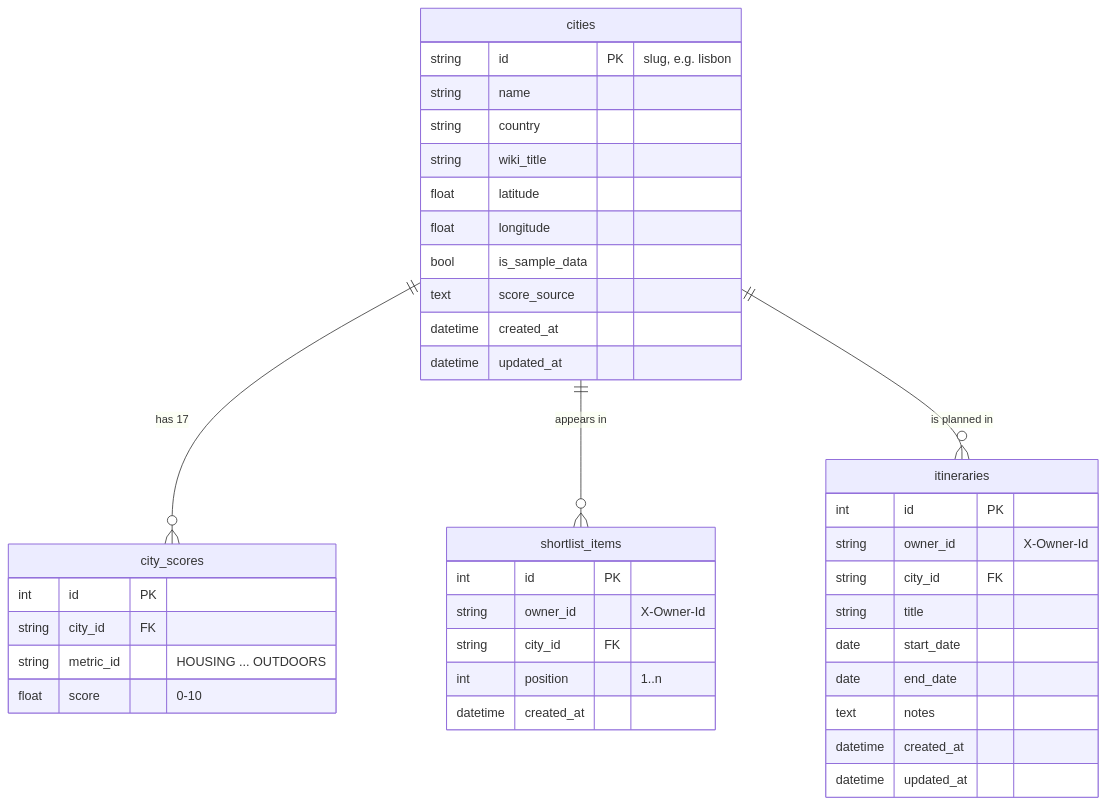
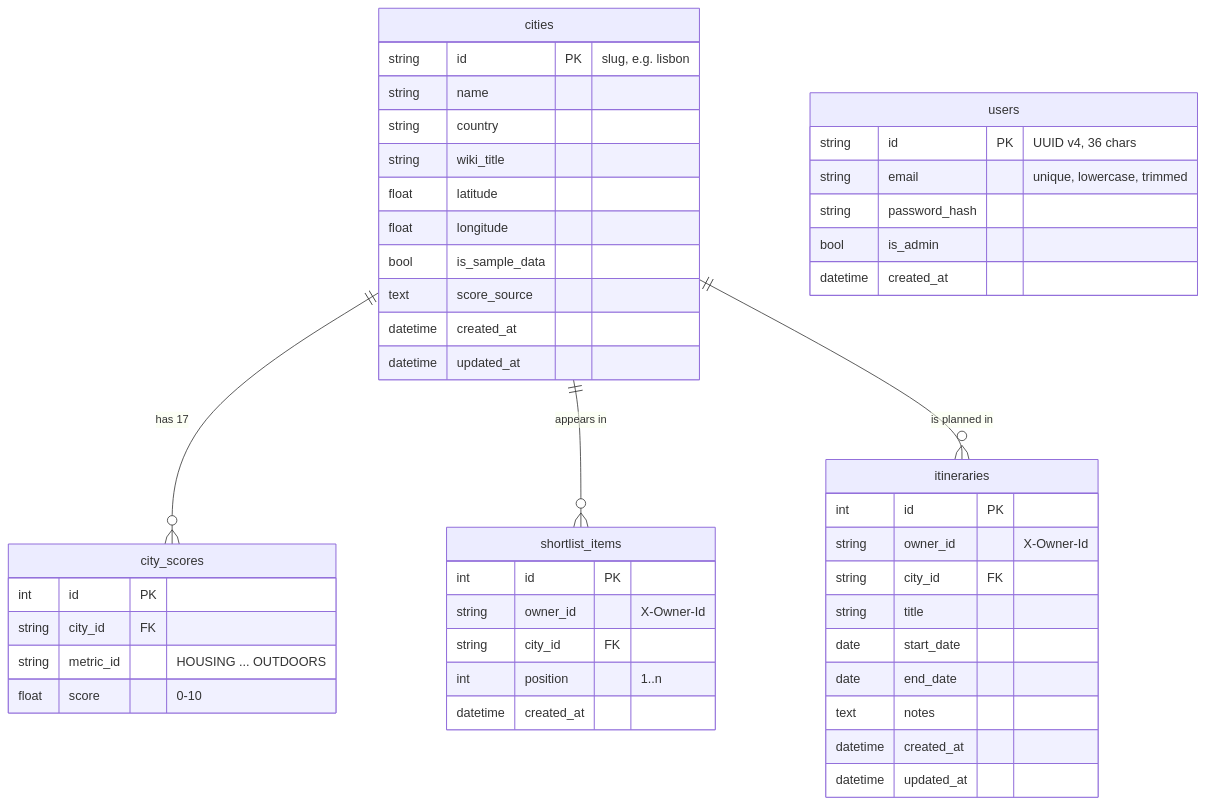
One commit to The-Nomadscore/nomadscorehub changed the diagram in docs/database-schema.md. Above: the diagram before and after it, drawn with Mermaid. The commit also changed other lines of this file and 3 other files, not shown here.

````diff
--- a/docs/database-schema.md
+++ b/docs/database-schema.md
@@ -21,43 +21,50 @@
 ```mermaid
 erDiagram
     cities ||--o{ city_scores : "has 17"
     cities ||--o{ shortlist_items : "appears in"
     cities ||--o{ itineraries : "is planned in"
 
     cities {
         string id PK "slug, e.g. lisbon"
         string name
         string country
         string wiki_title
         float latitude
         float longitude
         bool is_sample_data
         text score_source
         datetime created_at
         datetime updated_at
     }
     city_scores {
         int id PK
         string city_id FK
         string metric_id "HOUSING ... OUTDOORS"
         float score "0-10"
     }
     shortlist_items {
         int id PK
         string owner_id "X-Owner-Id"
         string city_id FK
         int position "1..n"
         datetime created_at
     }
     itineraries {
         int id PK
         string owner_id "X-Owner-Id"
         string city_id FK
         string title
         date start_date
         date end_date
         text notes
         datetime created_at
         datetime updated_at
     }
+        users {
+        string id PK "UUID v4, 36 chars"
+        string email "unique, lowercase, trimmed"
+        string password_hash
+        bool is_admin
+        datetime created_at
+    }
 ```
````
